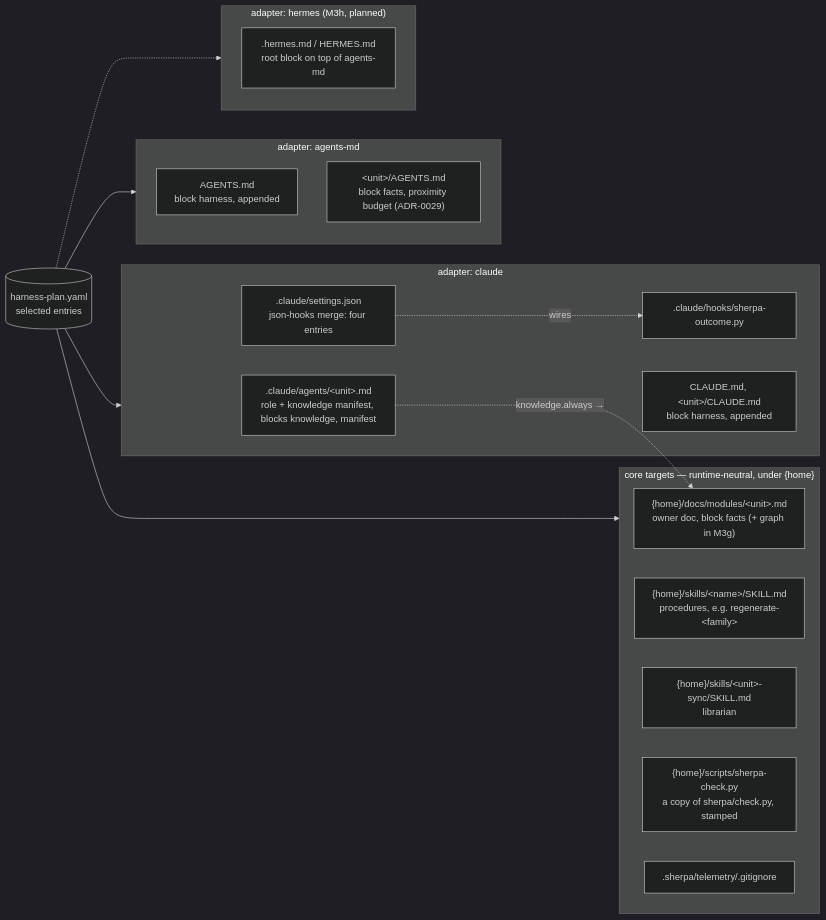
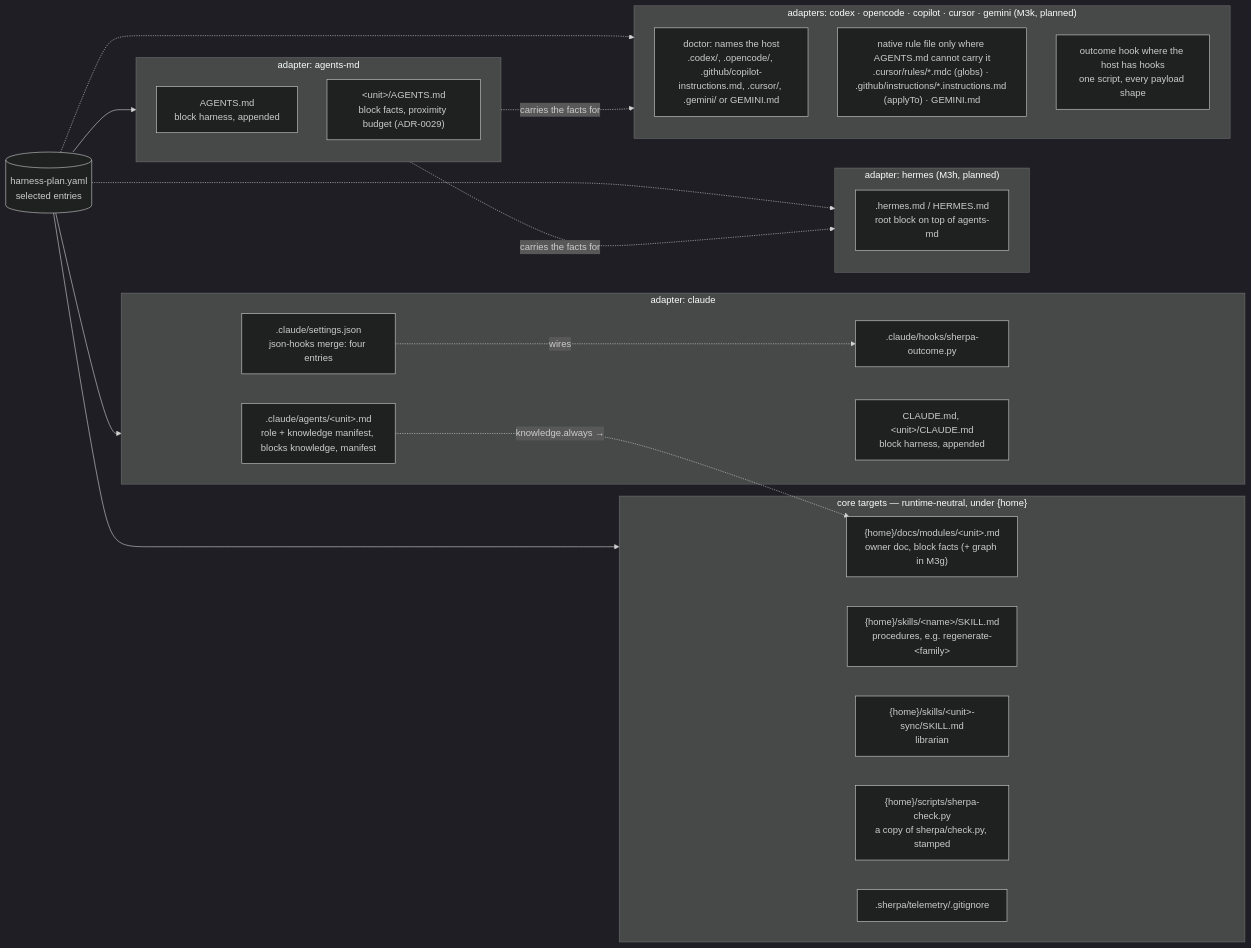
One commit to sherparc/Sherpa changed the diagram in docs/architecture/07-runtimes.md. Above: the diagram before and after it, drawn with Mermaid (dark theme). The commit also changed other lines of this file and 4 other files, not shown here.

````diff
--- a/docs/architecture/07-runtimes.md
+++ b/docs/architecture/07-runtimes.md
@@ -7,30 +8,37 @@
 ```mermaid
 flowchart LR
     plan[("harness-plan.yaml<br/>selected entries")]
     subgraph core["core targets — runtime-neutral, under {home}"]
         docs["{home}/docs/modules/&lt;unit&gt;.md<br/>owner doc, block facts (+ graph in M3g)"]
         skills["{home}/skills/&lt;name&gt;/SKILL.md<br/>procedures, e.g. regenerate-&lt;family&gt;"]
         librarian["{home}/skills/&lt;unit&gt;-sync/SKILL.md<br/>librarian"]
         checker["{home}/scripts/sherpa-check.py<br/>a copy of sherpa/check.py, stamped"]
         ignore[".sherpa/telemetry/.gitignore"]
     end
     subgraph claude["adapter: claude"]
         agents[".claude/agents/&lt;unit&gt;.md<br/>role + knowledge manifest, blocks knowledge, manifest"]
         hook[".claude/hooks/sherpa-outcome.py"]
         settings[".claude/settings.json<br/>json-hooks merge: four entries"]
         claudemd["CLAUDE.md, &lt;unit&gt;/CLAUDE.md<br/>block harness, appended"]
     end
     subgraph agentsmd["adapter: agents-md"]
         rootagents["AGENTS.md<br/>block harness, appended"]
         unitagents["&lt;unit&gt;/AGENTS.md<br/>block facts, proximity budget (ADR-0029)"]
     end
     subgraph hermes["adapter: hermes (M3h, planned)"]
         hermesmd[".hermes.md / HERMES.md<br/>root block on top of agents-md"]
     end
+    subgraph thin["adapters: codex · opencode · copilot · cursor · gemini (M3k, planned)"]
+        detect["doctor: names the host<br/>.codex/, .opencode/, .github/copilot-instructions.md, .cursor/, .gemini/ or GEMINI.md"]
+        native["native rule file only where AGENTS.md cannot carry it<br/>.cursor/rules/*.mdc (globs) · .github/instructions/*.instructions.md (applyTo) · GEMINI.md"]
+        thinhook["outcome hook where the host has hooks<br/>one script, every payload shape"]
+    end
     plan --> core
     plan --> claude
     plan --> agentsmd
     plan -.-> hermes
+    plan -.-> thin
+    agentsmd -. "carries the facts for" .-> hermes & thin
     settings -. "wires" .-> hook
     agents -. "knowledge.always → " .-> docs
 ```
````
